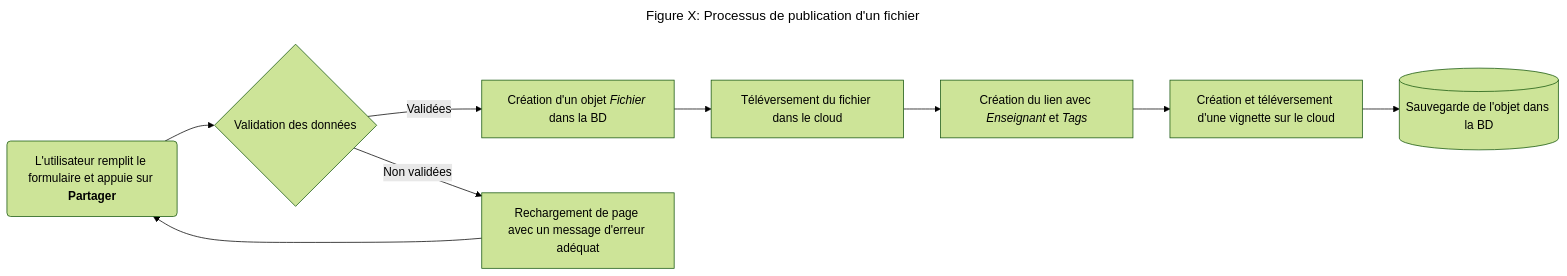
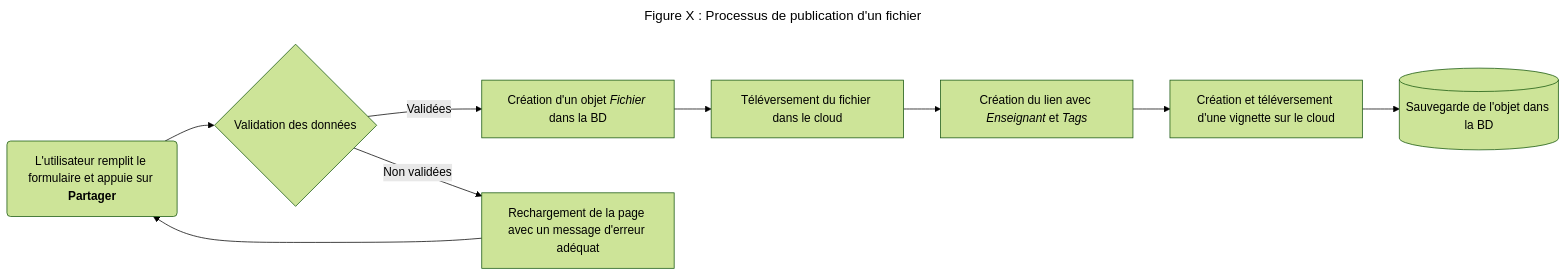
The second of 3 diagrams in rapport.md (Zbebz/caverne-dAli-baba), drawn with Mermaid (forest theme) before and after one commit. The commit also changed other lines of this file, not shown here.

````diff
--- a/rapport.md
+++ b/rapport.md
@@ -233,8 +240,8 @@
 ```mermaid
 ---
-title: "Figure X: Processus de publication d'un fichier"
+title: "Figure X : Processus de publication d'un fichier"
 ---
 flowchart LR
 id1("`L'utilisateur remplit le formulaire et appuie sur **Partager**`")-->id2{Validation des données}-->|Validées|id3["`Création d'un objet *Fichier* dans la BD`"]-->id4[Téléversement du fichier dans le cloud]-->id5["`Création du lien avec *Enseignant* et *Tags*`"]-->id6[Création et téléversement d'une vignette sur le cloud]-->id7[(Sauvegarde de l'objet dans la BD)]
-id2-->|Non validées|id8[Rechargement de page avec un message d'erreur adéquat]-->id1
+id2-->|Non validées|id8[Rechargement de la page avec un message d'erreur adéquat]-->id1
 ```
````
